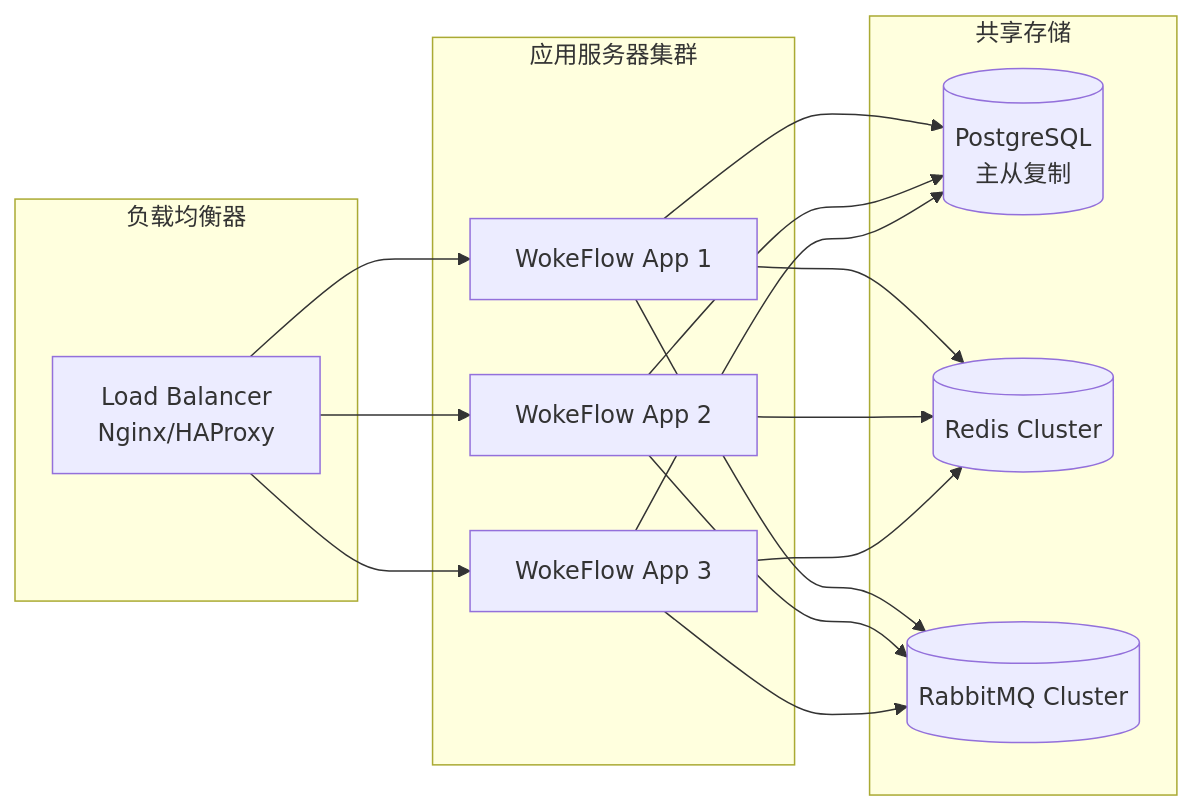
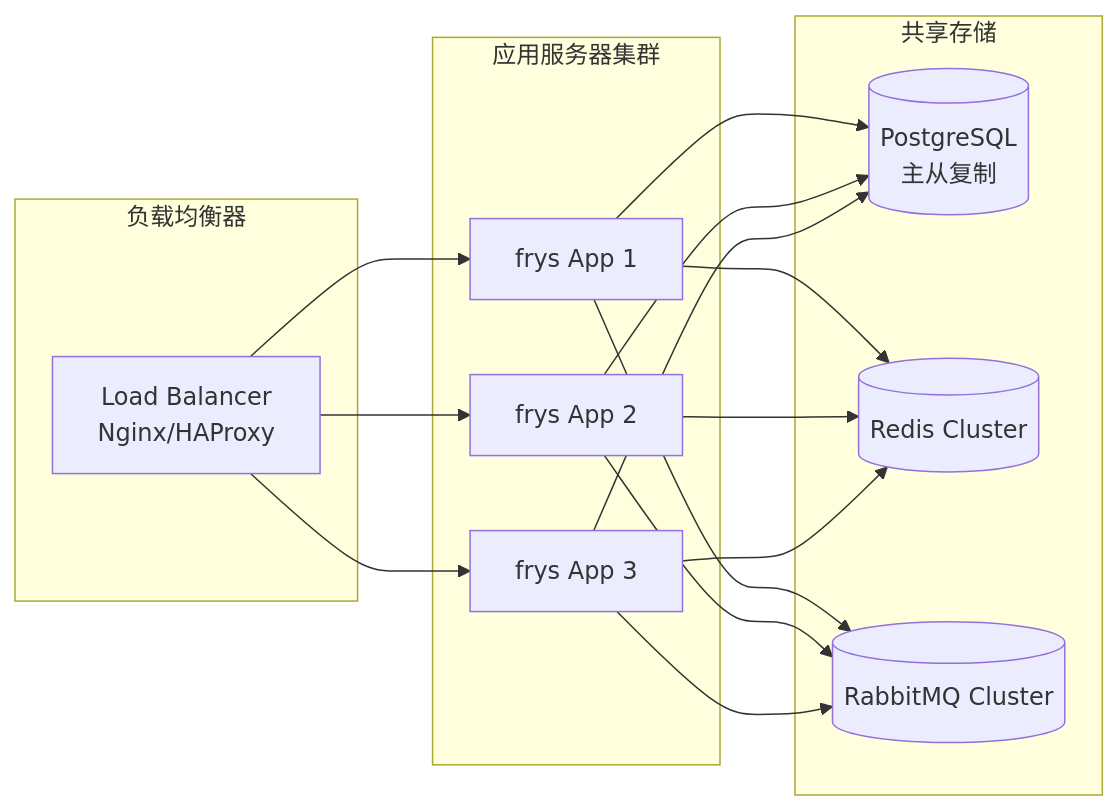
Diagram 11 of 14 in docs/system-architecture.md (zycxfyh/frys), drawn with Mermaid before and after one commit. The commit also changed other lines of this file and 137 other files, not shown here.

````diff
--- a/docs/system-architecture.md
+++ b/docs/system-architecture.md
@@ -477,34 +477,34 @@
 ```mermaid
 graph LR
     subgraph "负载均衡器"
         LB[Load Balancer<br/>Nginx/HAProxy]
     end
 
     subgraph "应用服务器集群"
-        APP1[WokeFlow App 1]
-        APP2[WokeFlow App 2]
-        APP3[WokeFlow App 3]
+        APP1[frys App 1]
+        APP2[frys App 2]
+        APP3[frys App 3]
     end
 
     subgraph "共享存储"
         SHARED_DB[(PostgreSQL<br/>主从复制)]
         SHARED_CACHE[(Redis Cluster)]
         SHARED_MQ[(RabbitMQ Cluster)]
     end
 
     LB --> APP1
     LB --> APP2
     LB --> APP3
 
     APP1 --> SHARED_DB
     APP2 --> SHARED_DB
     APP3 --> SHARED_DB
 
     APP1 --> SHARED_CACHE
     APP2 --> SHARED_CACHE
     APP3 --> SHARED_CACHE
 
     APP1 --> SHARED_MQ
     APP2 --> SHARED_MQ
     APP3 --> SHARED_MQ
 ```
````
